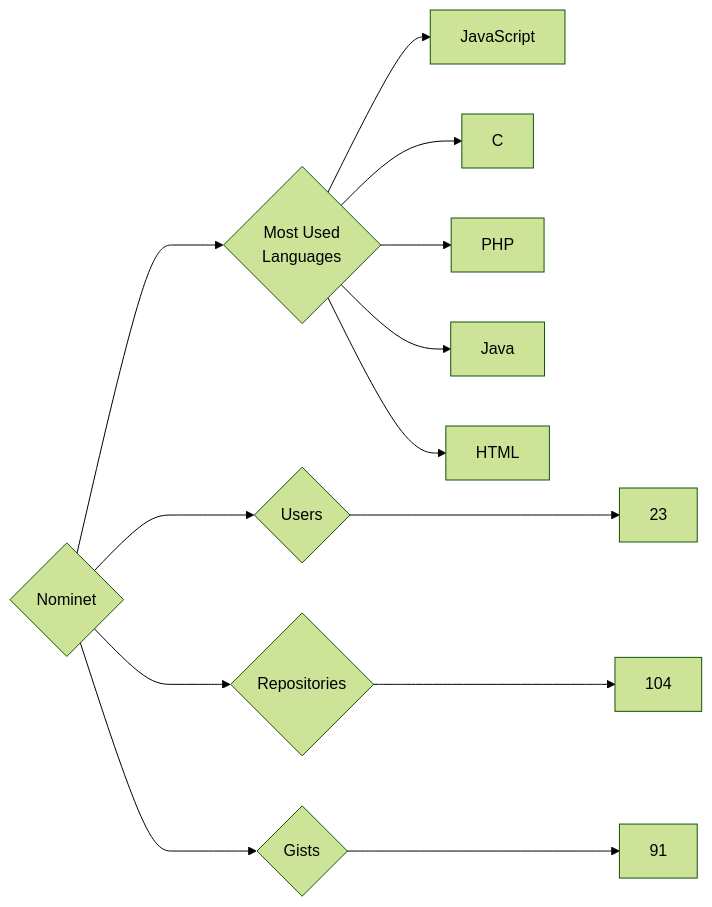
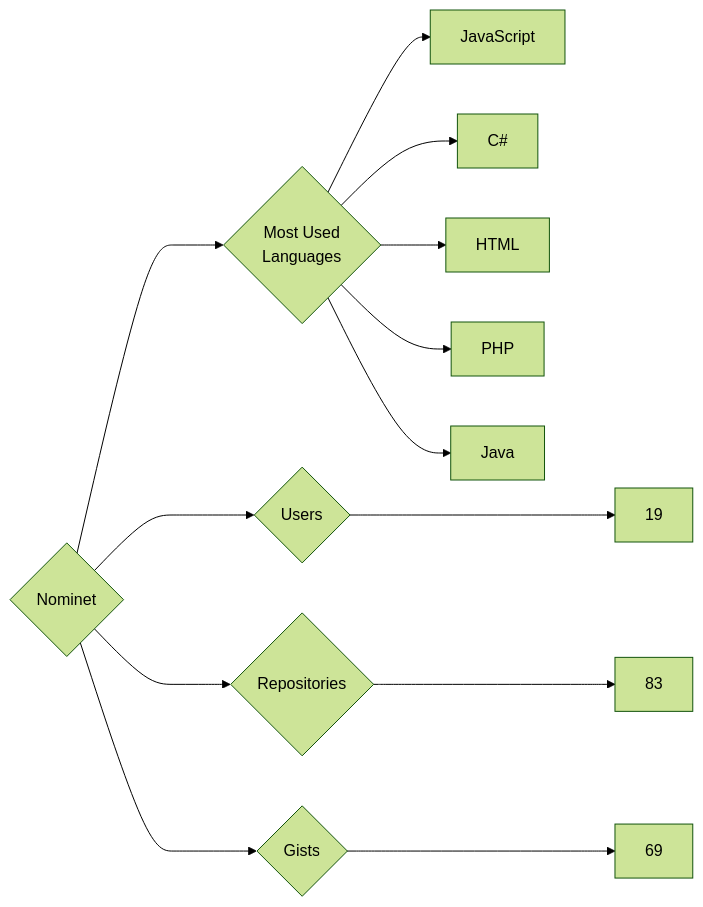
Before and after one commit to trickest/insiders: the diagram in targets/Nominet/README.md, drawn with Mermaid (forest theme). The commit also changed 814 other files, not shown here.

````diff
--- a/targets/Nominet/README.md
+++ b/targets/Nominet/README.md
@@ -3,13 +3,13 @@
 ```mermaid
 graph LR
 COMPANY_NAME{Nominet}
-COMPANY_NAME ---> U{Users} ---> UN[23]
-COMPANY_NAME ---> R{Repositories} ---> RN[104]
-COMPANY_NAME ---> G{Gists} ---> GN[91]
+COMPANY_NAME ---> U{Users} ---> UN[19]
+COMPANY_NAME ---> R{Repositories} ---> RN[83]
+COMPANY_NAME ---> G{Gists} ---> GN[69]
 COMPANY_NAME ---> ML{Most Used<br>Languages}
 ML --> JavaScript[JavaScript]
-ML --> C[C]
+ML --> C#[C#]
+ML --> HTML[HTML]
 ML --> PHP[PHP]
 ML --> Java[Java]
-ML --> HTML[HTML]
 ```
````
